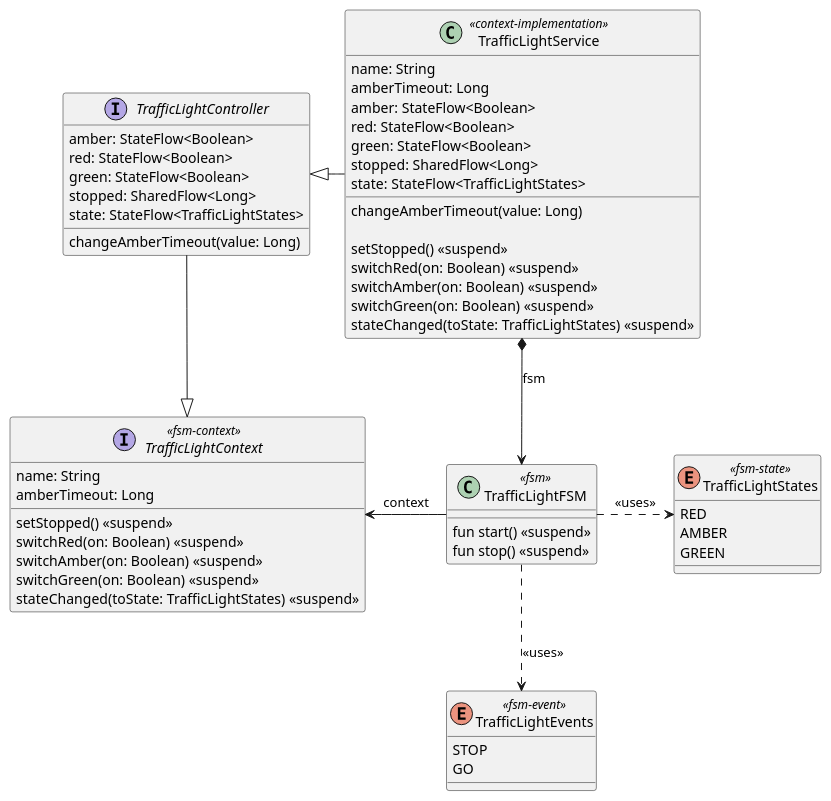
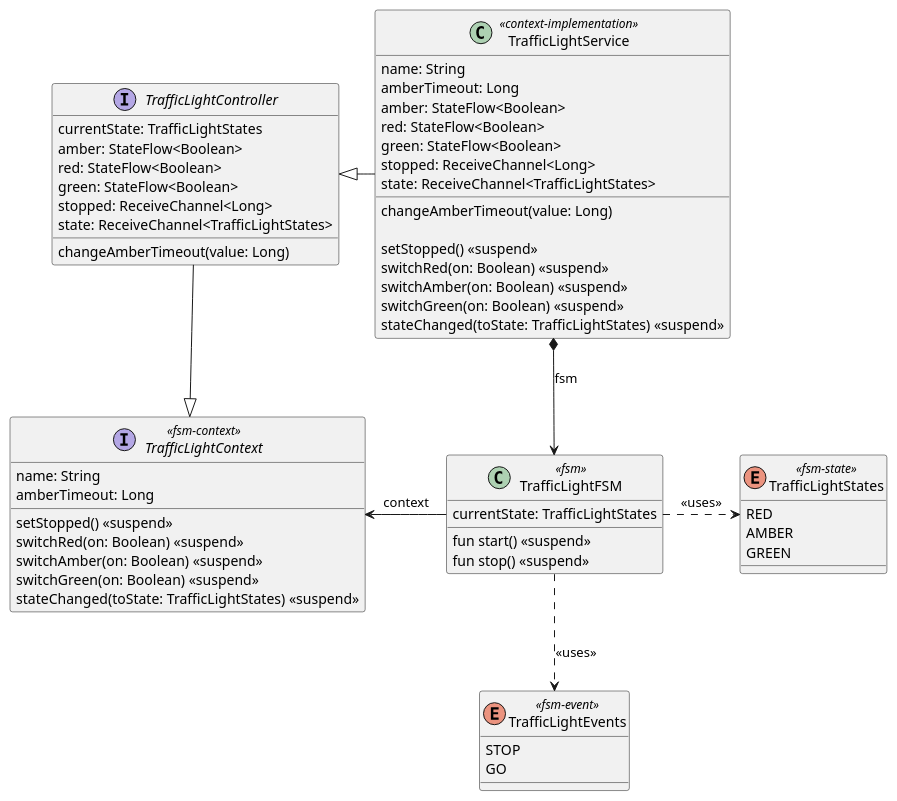
The diagram in models/traffic-light-model.puml (open-jumpco/kfsm-mpp-compose-traffic), drawn with PlantUML before and after one commit. The commit also changed 4 other files, not shown here.

```diff
--- a/models/traffic-light-model.puml
+++ b/models/traffic-light-model.puml
@@ -1,62 +1,64 @@
 @startuml
 
 enum TrafficLightStates <<fsm-state>> {
     RED
     AMBER
     GREEN
 }
 
 enum TrafficLightEvents <<fsm-event>> {
     STOP
     GO
 }
 interface TrafficLightContext <<fsm-context>> {
     name: String
     amberTimeout: Long
     setStopped() <<suspend>>
     switchRed(on: Boolean) <<suspend>>
     switchAmber(on: Boolean) <<suspend>>
     switchGreen(on: Boolean) <<suspend>>
     stateChanged(toState: TrafficLightStates) <<suspend>>
 }
 
 interface TrafficLightController {
+    currentState: TrafficLightStates
     amber: StateFlow<Boolean>
     red: StateFlow<Boolean>
     green: StateFlow<Boolean>
-    stopped: SharedFlow<Long>
-    state: StateFlow<TrafficLightStates>
+    stopped: ReceiveChannel<Long>
+    state: ReceiveChannel<TrafficLightStates>
     changeAmberTimeout(value: Long)
 }
 TrafficLightController -down-|> TrafficLightContext
 
 class TrafficLightFSM <<fsm>> {
+    currentState: TrafficLightStates
     fun start() <<suspend>>
     fun stop() <<suspend>>
 }
 
 TrafficLightFSM .right.> TrafficLightStates: <<uses>>
 TrafficLightFSM .down.> TrafficLightEvents: <<uses>>
 TrafficLightFSM -left-> TrafficLightContext: context
 
 class TrafficLightService <<context-implementation>> {
     name: String
     amberTimeout: Long
     amber: StateFlow<Boolean>
     red: StateFlow<Boolean>
     green: StateFlow<Boolean>
-    stopped: SharedFlow<Long>
-    state: StateFlow<TrafficLightStates>
+    stopped: ReceiveChannel<Long>
+    state: ReceiveChannel<TrafficLightStates>
     changeAmberTimeout(value: Long)
 
     setStopped() <<suspend>>
     switchRed(on: Boolean) <<suspend>>
     switchAmber(on: Boolean) <<suspend>>
     switchGreen(on: Boolean) <<suspend>>
     stateChanged(toState: TrafficLightStates) <<suspend>>
 }
 
 TrafficLightService -left--|> TrafficLightController
 TrafficLightService *--> TrafficLightFSM: fsm
 
 @enduml
```
